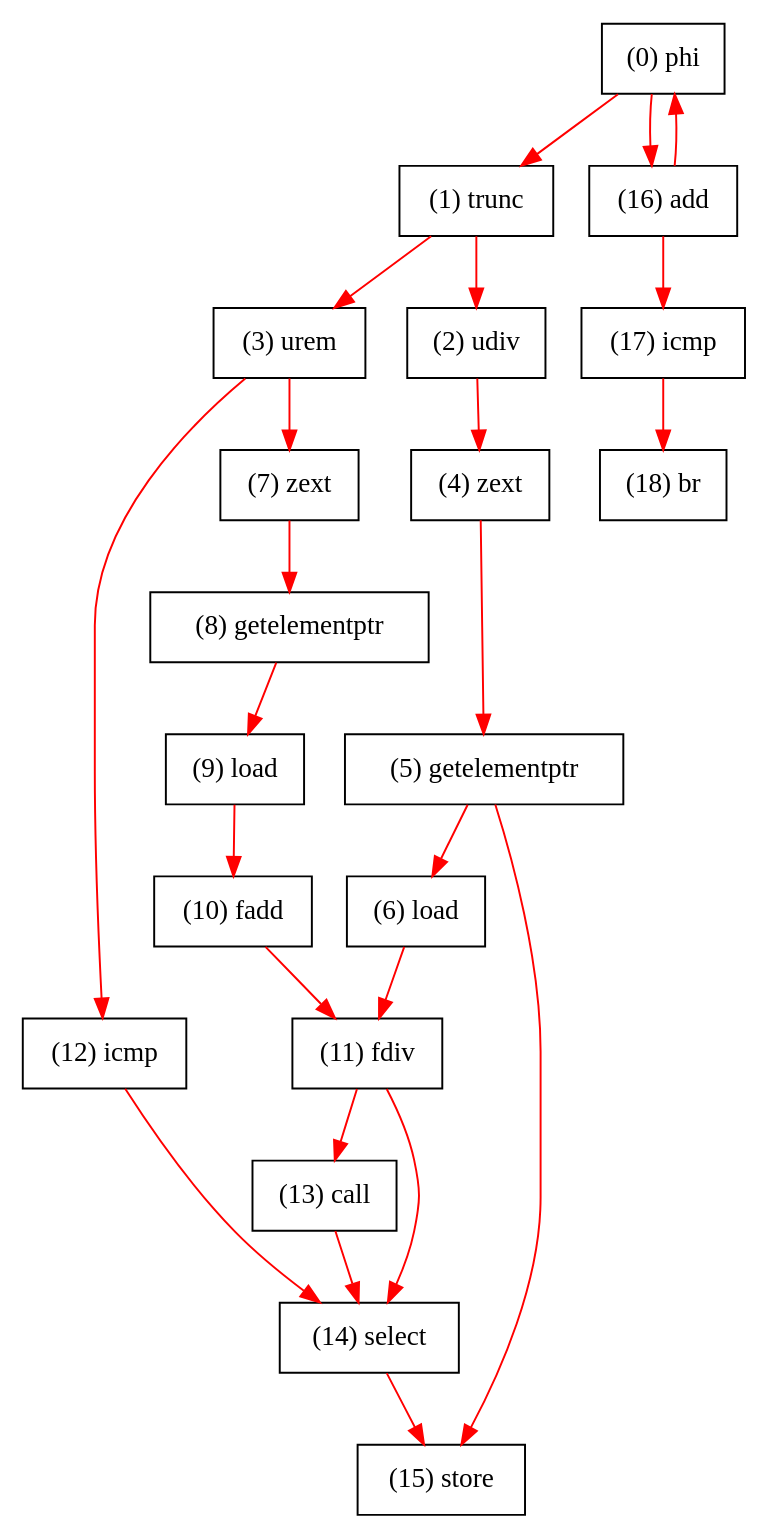
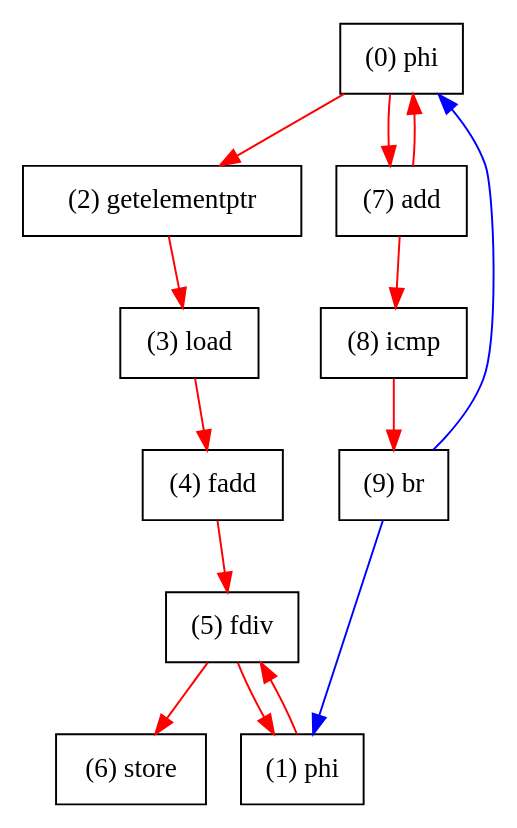
One commit to tancheng/g-fpin changed the diagram in benchmark/sp/kernel_org.dot. Above: the diagram before and after it, drawn with Graphviz. The commit also changed 34 other files, not shown here.

```diff
--- a/benchmark/sp/kernel_org.dot
+++ b/benchmark/sp/kernel_org.dot
@@ -1,45 +1,27 @@
 digraph "DFG for'kernel' function" {
 	Node0phi[shape=record, label="(0) phi"];
-	Node1trunc[shape=record, label="(1) trunc"];
-	Node2udiv[shape=record, label="(2) udiv"];
-	Node3urem[shape=record, label="(3) urem"];
-	Node4zext[shape=record, label="(4) zext"];
-	Node5getelementptr[shape=record, label="(5) getelementptr"];
-	Node6load[shape=record, label="(6) load"];
-	Node7zext[shape=record, label="(7) zext"];
-	Node8getelementptr[shape=record, label="(8) getelementptr"];
-	Node9load[shape=record, label="(9) load"];
-	Node10fadd[shape=record, label="(10) fadd"];
-	Node11fdiv[shape=record, label="(11) fdiv"];
-	Node12icmp[shape=record, label="(12) icmp"];
-	Node13call[shape=record, label="(13) call"];
-	Node14select[shape=record, label="(14) select"];
-	Node15store[shape=record, label="(15) store"];
-	Node16add[shape=record, label="(16) add"];
-	Node17icmp[shape=record, label="(17) icmp"];
-	Node18br[shape=record, label="(18) br"];
+	Node1phi[shape=record, label="(1) phi"];
+	Node2getelementptr[shape=record, label="(2) getelementptr"];
+	Node3load[shape=record, label="(3) load"];
+	Node4fadd[shape=record, label="(4) fadd"];
+	Node5fdiv[shape=record, label="(5) fdiv"];
+	Node6store[shape=record, label="(6) store"];
+	Node7add[shape=record, label="(7) add"];
+	Node8icmp[shape=record, label="(8) icmp"];
+	Node9br[shape=record, label="(9) br"];
+edge [color=blue]
+	Node9br -> Node0phi
+	Node9br -> Node1phi
 edge [color=red]
-	Node16add -> Node0phi
-	Node0phi -> Node1trunc
-	Node1trunc -> Node2udiv
-	Node1trunc -> Node3urem
-	Node2udiv -> Node4zext
-	Node4zext -> Node5getelementptr
-	Node5getelementptr -> Node6load
-	Node3urem -> Node7zext
-	Node7zext -> Node8getelementptr
-	Node8getelementptr -> Node9load
-	Node9load -> Node10fadd
-	Node6load -> Node11fdiv
-	Node10fadd -> Node11fdiv
-	Node3urem -> Node12icmp
-	Node11fdiv -> Node13call
-	Node12icmp -> Node14select
-	Node13call -> Node14select
-	Node11fdiv -> Node14select
-	Node14select -> Node15store
-	Node5getelementptr -> Node15store
-	Node0phi -> Node16add
-	Node16add -> Node17icmp
-	Node17icmp -> Node18br
+	Node7add -> Node0phi
+	Node5fdiv -> Node1phi
+	Node0phi -> Node2getelementptr
+	Node2getelementptr -> Node3load
+	Node3load -> Node4fadd
+	Node1phi -> Node5fdiv
+	Node4fadd -> Node5fdiv
+	Node5fdiv -> Node6store
+	Node0phi -> Node7add
+	Node7add -> Node8icmp
+	Node8icmp -> Node9br
 }
```
